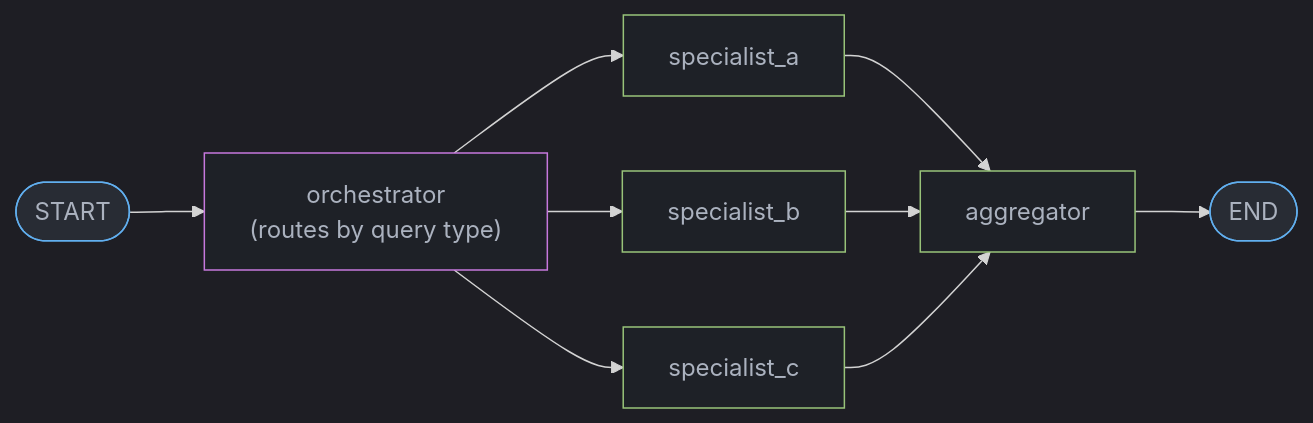
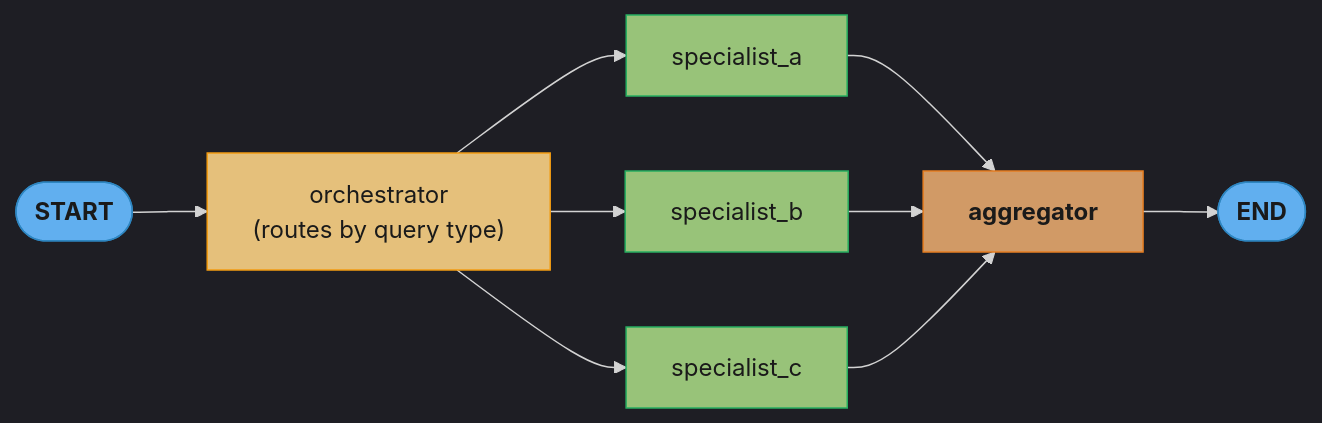
One commit to rppol/system-design changed the second of 6 diagrams in src/main/java/com/rutik/systemdesign/llm/agentic_frameworks/langgraph.md. Above: the diagram before and after it, drawn with Mermaid. The commit also changed other lines of this file and 88 other files, not shown here.

````diff
--- a/src/main/java/com/rutik/systemdesign/llm/agentic_frameworks/langgraph.md
+++ b/src/main/java/com/rutik/systemdesign/llm/agentic_frameworks/langgraph.md
@@ -67,20 +71,25 @@
 ```mermaid
 %%{init: {'flowchart': {'curve': 'basis'}, 'theme': 'dark'}}%%
 flowchart LR
+    classDef io      fill:#61afef,stroke:#2e86c1,color:#1a1a1a,font-weight:bold
+    classDef frozen  fill:#c678dd,stroke:#9b59b6,color:#fff
+    classDef train   fill:#98c379,stroke:#27ae60,color:#1a1a1a
+    classDef mathOp  fill:#d19a66,stroke:#e67e22,color:#1a1a1a,font-weight:bold
+    classDef lossN   fill:#e06c75,stroke:#c0392b,color:#fff,font-weight:bold
+    classDef req     fill:#56b6c2,stroke:#0097a7,color:#1a1a1a
+    classDef base    fill:#e5c07b,stroke:#f39c12,color:#1a1a1a
+
     S([START]) --> Orch["orchestrator\n(routes by query type)"]
     Orch --> SpA["specialist_a"]
     Orch --> SpB["specialist_b"]
     Orch --> SpC["specialist_c"]
     SpA --> Agg["aggregator"]
     SpB --> Agg
     SpC --> Agg
     Agg --> E([END])
 
-    classDef io     fill:#282c34,stroke:#61afef,color:#abb2bf
-    classDef llm    fill:#1e2127,stroke:#c678dd,color:#abb2bf
-    classDef proc   fill:#1e2127,stroke:#98c379,color:#abb2bf
-
     class S,E io
-    class Orch llm
-    class SpA,SpB,SpC,Agg proc
+    class Orch base
+    class SpA,SpB,SpC train
+    class Agg mathOp
 ```
````
